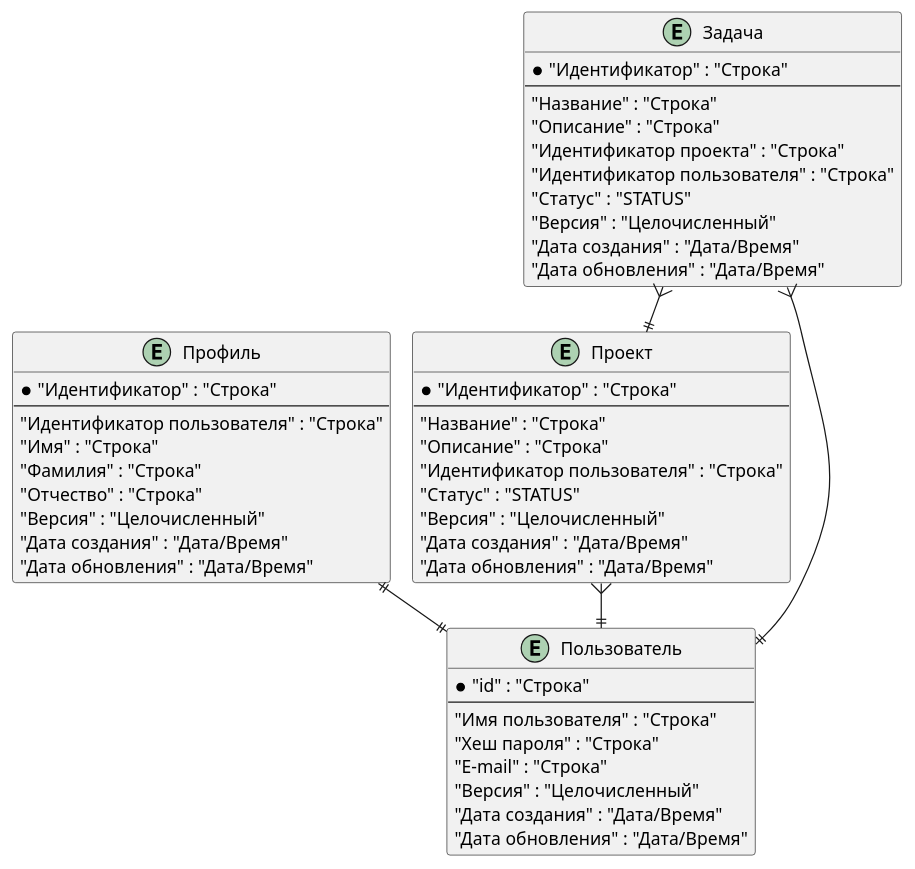
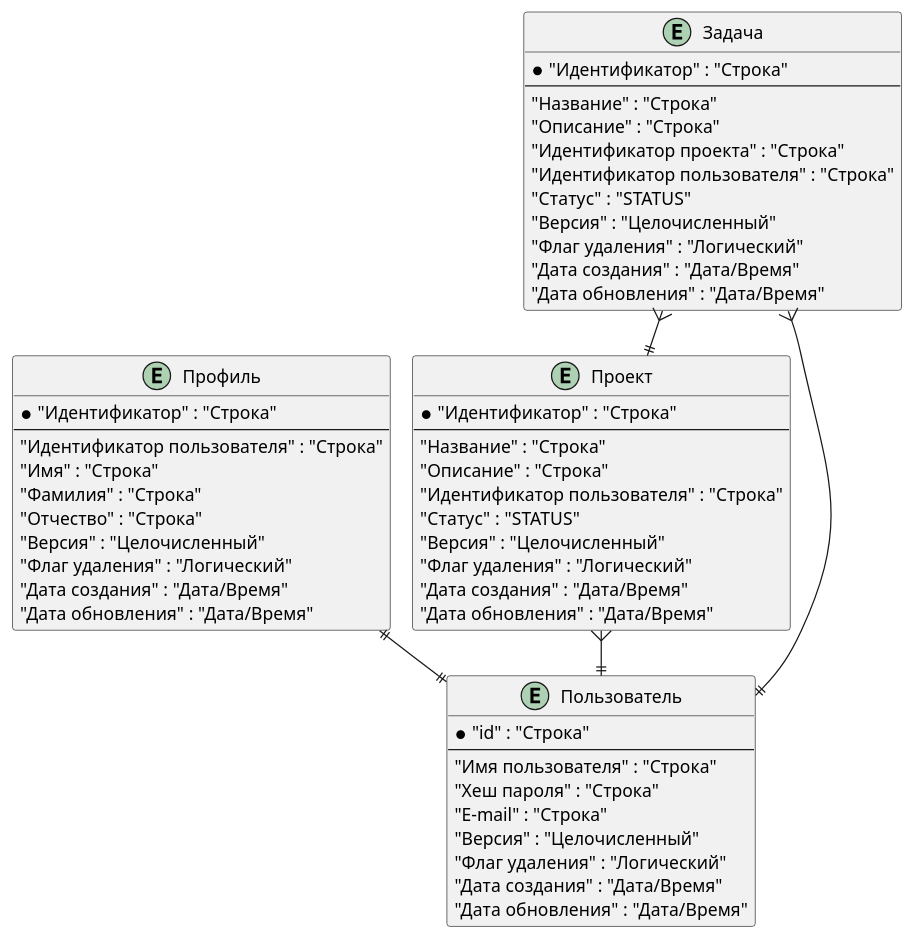
Before and after one commit to denis-volnenko/liquibase-asciidoc-maven-plugin: the diagram in example/tm-sql-to-asciidoc/src/main/asciidoc/erd_logic.puml, drawn with PlantUML. The commit also changed 11 other files, not shown here.

```diff
--- a/example/tm-sql-to-asciidoc/src/main/asciidoc/erd_logic.puml
+++ b/example/tm-sql-to-asciidoc/src/main/asciidoc/erd_logic.puml
@@ -1,57 +1,61 @@
 @startuml 
 '!pragma graphviz_dot jdot 
 !pragma layout smetana 
 entity "Профиль" as app_profile {
     *"Идентификатор" : "Строка"
 ---
     "Идентификатор пользователя" : "Строка"
     "Имя" : "Строка"
     "Фамилия" : "Строка"
     "Отчество" : "Строка"
     "Версия" : "Целочисленный"
+    "Флаг удаления" : "Логический"
     "Дата создания" : "Дата/Время"
     "Дата обновления" : "Дата/Время"
 }
 
 entity "Проект" as app_project {
     *"Идентификатор" : "Строка"
 ---
     "Название" : "Строка"
     "Описание" : "Строка"
     "Идентификатор пользователя" : "Строка"
     "Статус" : "STATUS"
     "Версия" : "Целочисленный"
+    "Флаг удаления" : "Логический"
     "Дата создания" : "Дата/Время"
     "Дата обновления" : "Дата/Время"
 }
 
 entity "Задача" as app_task {
     *"Идентификатор" : "Строка"
 ---
     "Название" : "Строка"
     "Описание" : "Строка"
     "Идентификатор проекта" : "Строка"
     "Идентификатор пользователя" : "Строка"
     "Статус" : "STATUS"
     "Версия" : "Целочисленный"
+    "Флаг удаления" : "Логический"
     "Дата создания" : "Дата/Время"
     "Дата обновления" : "Дата/Время"
 }
 
 entity "Пользователь" as app_user {
     *"id" : "Строка"
 ---
     "Имя пользователя" : "Строка"
     "Хеш пароля" : "Строка"
     "E-mail" : "Строка"
     "Версия" : "Целочисленный"
+    "Флаг удаления" : "Логический"
     "Дата создания" : "Дата/Время"
     "Дата обновления" : "Дата/Время"
 }
 
 "app_profile" ||--|| "app_user"
 "app_project" }--|| "app_user"
 "app_task" }--|| "app_project"
 "app_task" }--|| "app_user"
 
 @enduml
```
